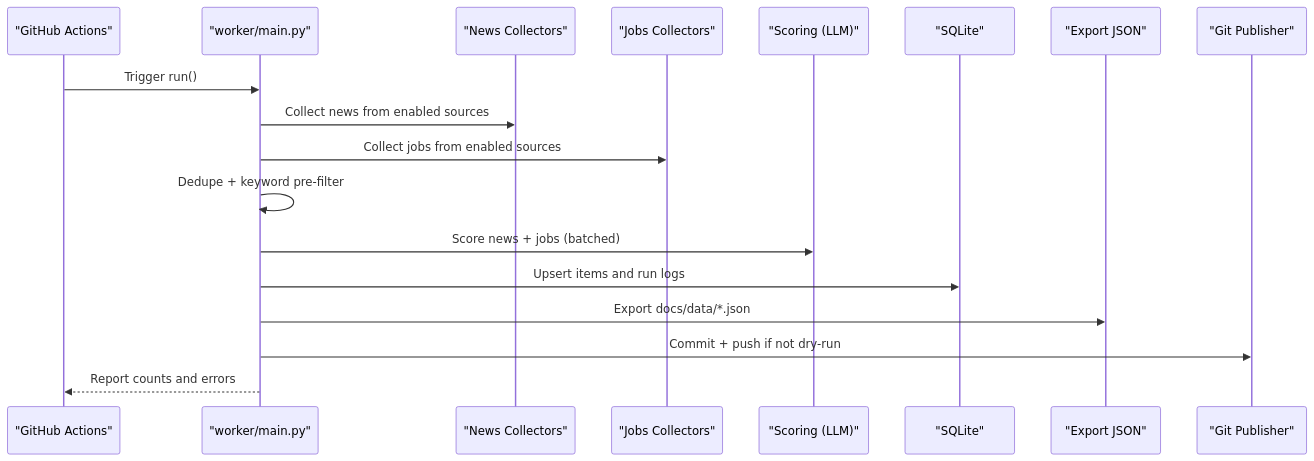
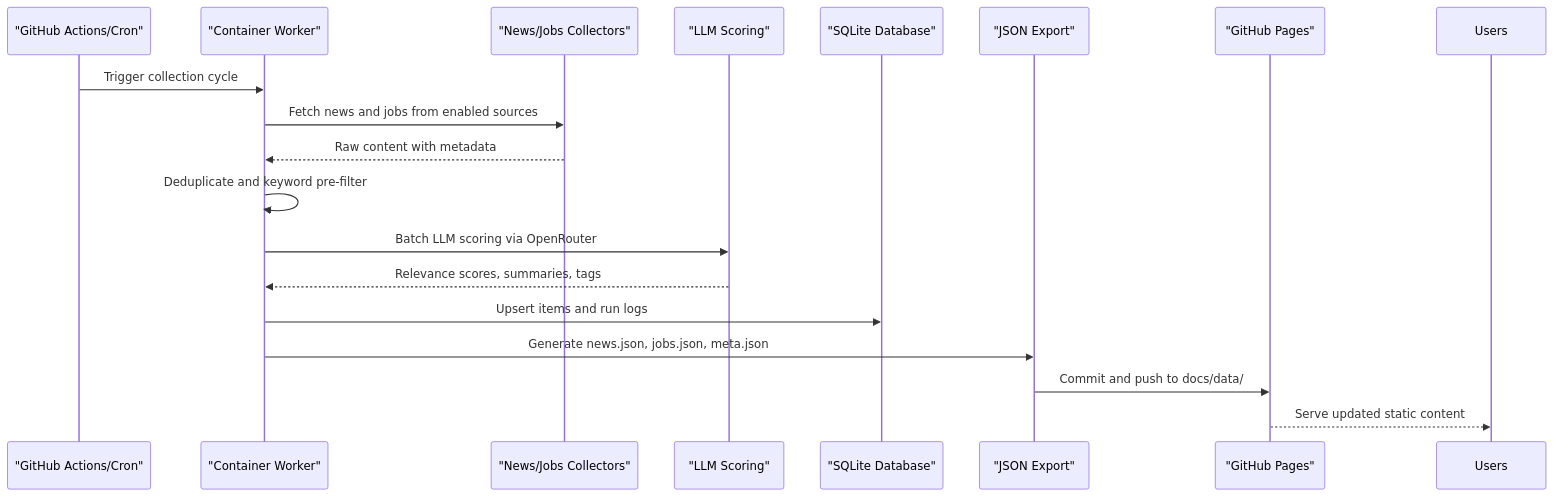
One commit to shakthi-vinayak/news changed the third of 4 diagrams in .qoder/repowiki/en/content/Project Overview/Project Overview.md. Above: the diagram before and after it, drawn with Mermaid. The commit also changed other lines of this file and 32 other files, not shown here.

````diff
--- a/.qoder/repowiki/en/content/Project Overview/Project Overview.md
+++ b/.qoder/repowiki/en/content/Project Overview/Project Overview.md
@@ -211,20 +262,20 @@
 ```mermaid
 sequenceDiagram
-participant GA as "GitHub Actions"
-participant W as "worker/main.py"
-participant NC as "News Collectors"
-participant JC as "Jobs Collectors"
-participant SC as "Scoring (LLM)"
-participant DB as "SQLite"
-participant EX as "Export JSON"
-participant GH as "Git Publisher"
-GA->>W : Trigger run()
-W->>NC : Collect news from enabled sources
-W->>JC : Collect jobs from enabled sources
-W->>W : Dedupe + keyword pre-filter
-W->>SC : Score news + jobs (batched)
-W->>DB : Upsert items and run logs
-W->>EX : Export docs/data/*.json
-W->>GH : Commit + push if not dry-run
-W-->>GA : Report counts and errors
+participant Scheduler as "GitHub Actions/Cron"
+participant Worker as "Container Worker"
+participant Collectors as "News/Jobs Collectors"
+participant Scoring as "LLM Scoring"
+participant Storage as "SQLite Database"
+participant Export as "JSON Export"
+participant Pages as "GitHub Pages"
+Scheduler->>Worker : Trigger collection cycle
+Worker->>Collectors : Fetch news and jobs from enabled sources
+Collectors-->>Worker : Raw content with metadata
+Worker->>Worker : Deduplicate and keyword pre-filter
+Worker->>Scoring : Batch LLM scoring via OpenRouter
+Scoring-->>Worker : Relevance scores, summaries, tags
+Worker->>Storage : Upsert items and run logs
+Worker->>Export : Generate news.json, jobs.json, meta.json
+Export->>Pages : Commit and push to docs/data/
+Pages-->>Users : Serve updated static content
 ```
````
